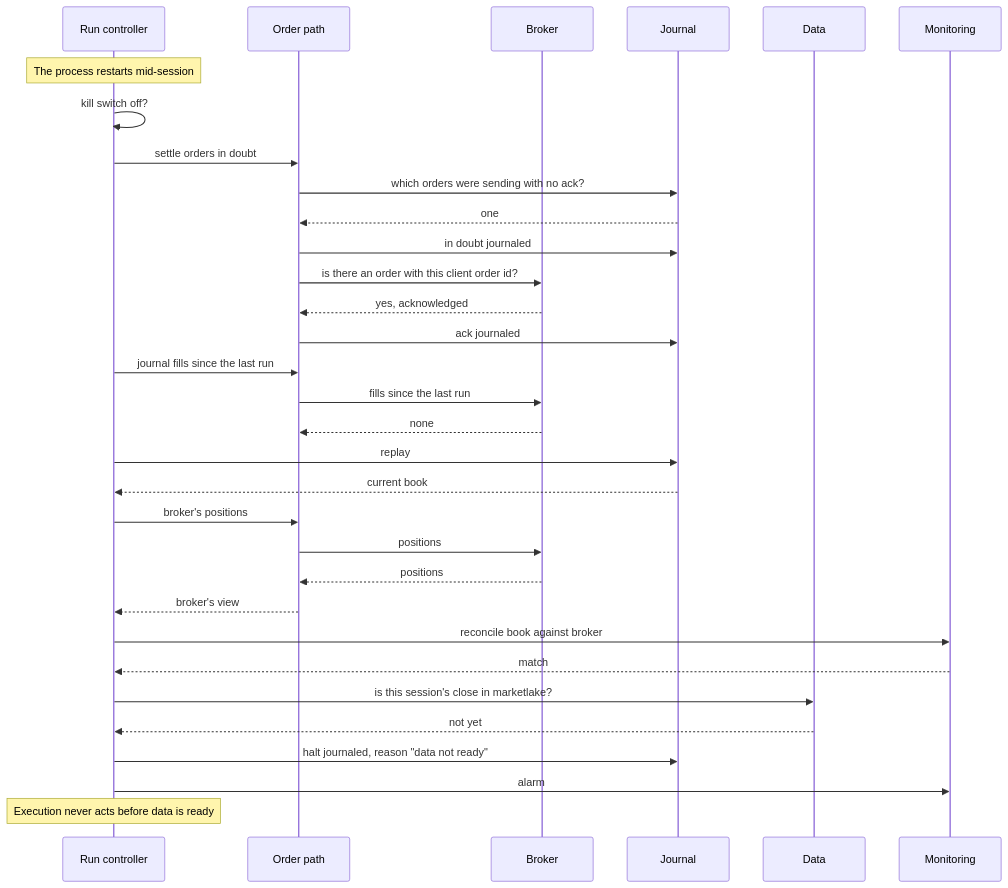
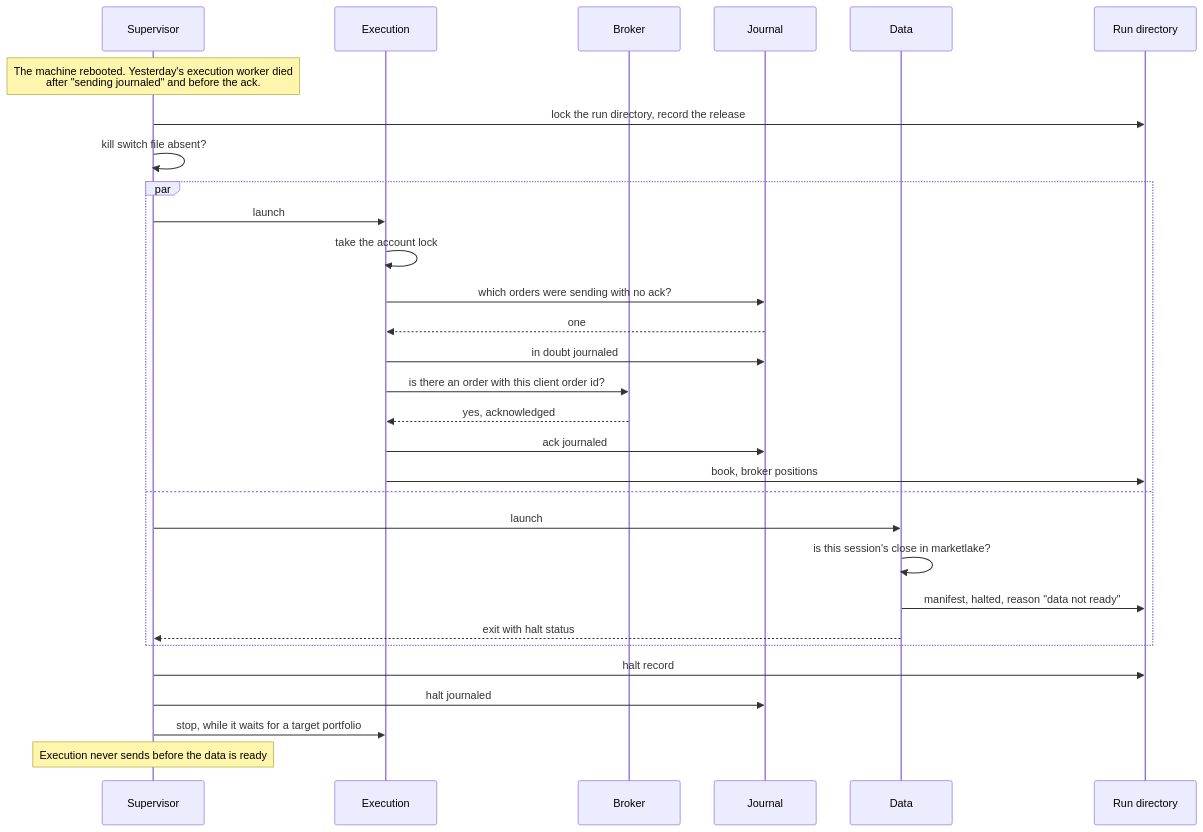
Before and after one commit to l3a0/ithildin-runtime: the sixth of 16 diagrams in docs/architecture.md, drawn with Mermaid. The commit also changed other lines of this file and 2 other files, not shown here.

First line of the commit message:
docs(architecture): run each module as its own worker, passing files

````diff
--- a/docs/architecture.md
+++ b/docs/architecture.md
@@ -511,35 +576,33 @@
 ```mermaid
 sequenceDiagram
-    participant R as Run controller
-    participant X as Order path
+    participant V as Supervisor
+    participant X as Execution
     participant B as Broker
     participant J as Journal
     participant D as Data
-    participant M as Monitoring
+    participant F as Run directory
 
-    Note over R: The process restarts mid-session
-    R->>R: kill switch off?
-    R->>X: settle orders in doubt
-    X->>J: which orders were sending with no ack?
-    J-->>X: one
-    X->>J: in doubt journaled
-    X->>B: is there an order with this client order id?
-    B-->>X: yes, acknowledged
-    X->>J: ack journaled
-    R->>X: journal fills since the last run
-    X->>B: fills since the last run
-    B-->>X: none
-    R->>J: replay
-    J-->>R: current book
-    R->>X: broker's positions
-    X->>B: positions
-    B-->>X: positions
-    X-->>R: broker's view
-    R->>M: reconcile book against broker
-    M-->>R: match
-    R->>D: is this session's close in marketlake?
-    D-->>R: not yet
-    R->>J: halt journaled, reason "data not ready"
-    R->>M: alarm
-    Note over R: Execution never acts before data is ready
+    Note over V: The machine rebooted. Yesterday's execution worker died<br/>after "sending journaled" and before the ack.
+    V->>F: lock the run directory, record the release
+    V->>V: kill switch file absent?
+    par
+        V->>X: launch
+        X->>X: take the account lock
+        X->>J: which orders were sending with no ack?
+        J-->>X: one
+        X->>J: in doubt journaled
+        X->>B: is there an order with this client order id?
+        B-->>X: yes, acknowledged
+        X->>J: ack journaled
+        X->>F: book, broker positions
+    and
+        V->>D: launch
+        D->>D: is this session's close in marketlake?
+        D->>F: manifest, halted, reason "data not ready"
+        D-->>V: exit with halt status
+    end
+    V->>F: halt record
+    V->>J: halt journaled
+    V->>X: stop, while it waits for a target portfolio
+    Note over V: Execution never sends before the data is ready
 ```
````
